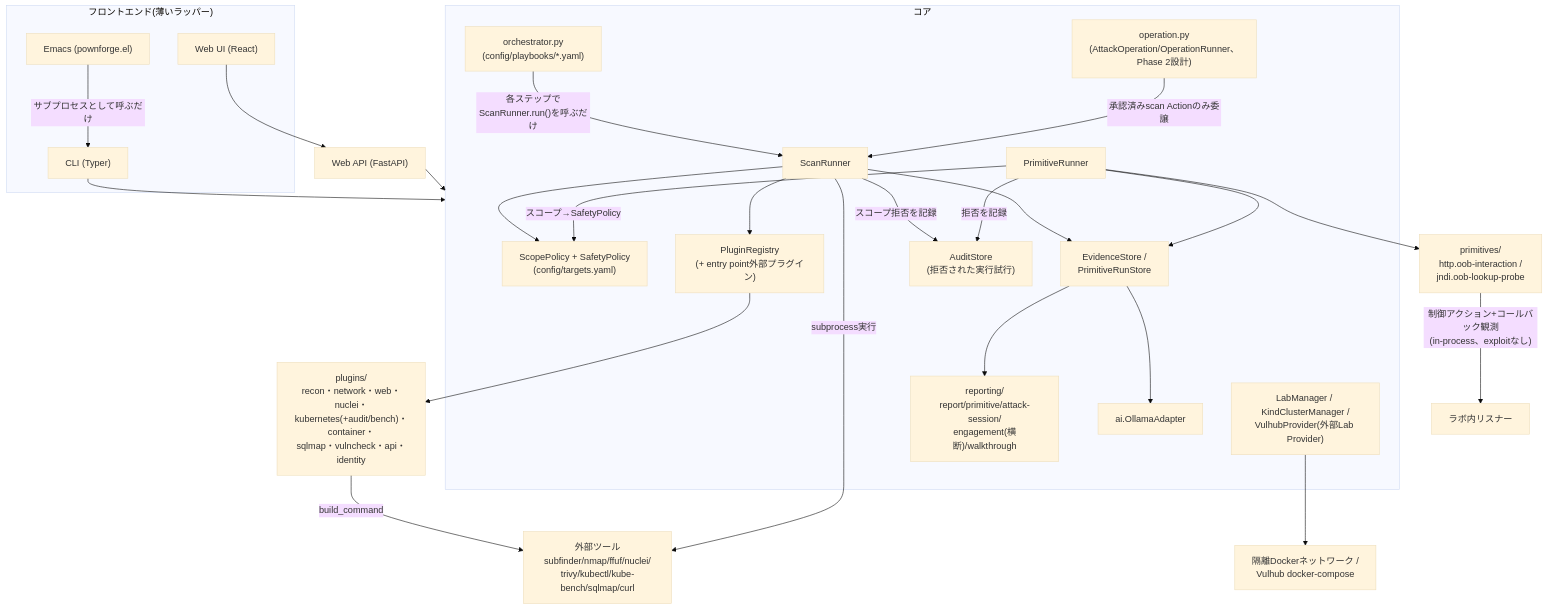
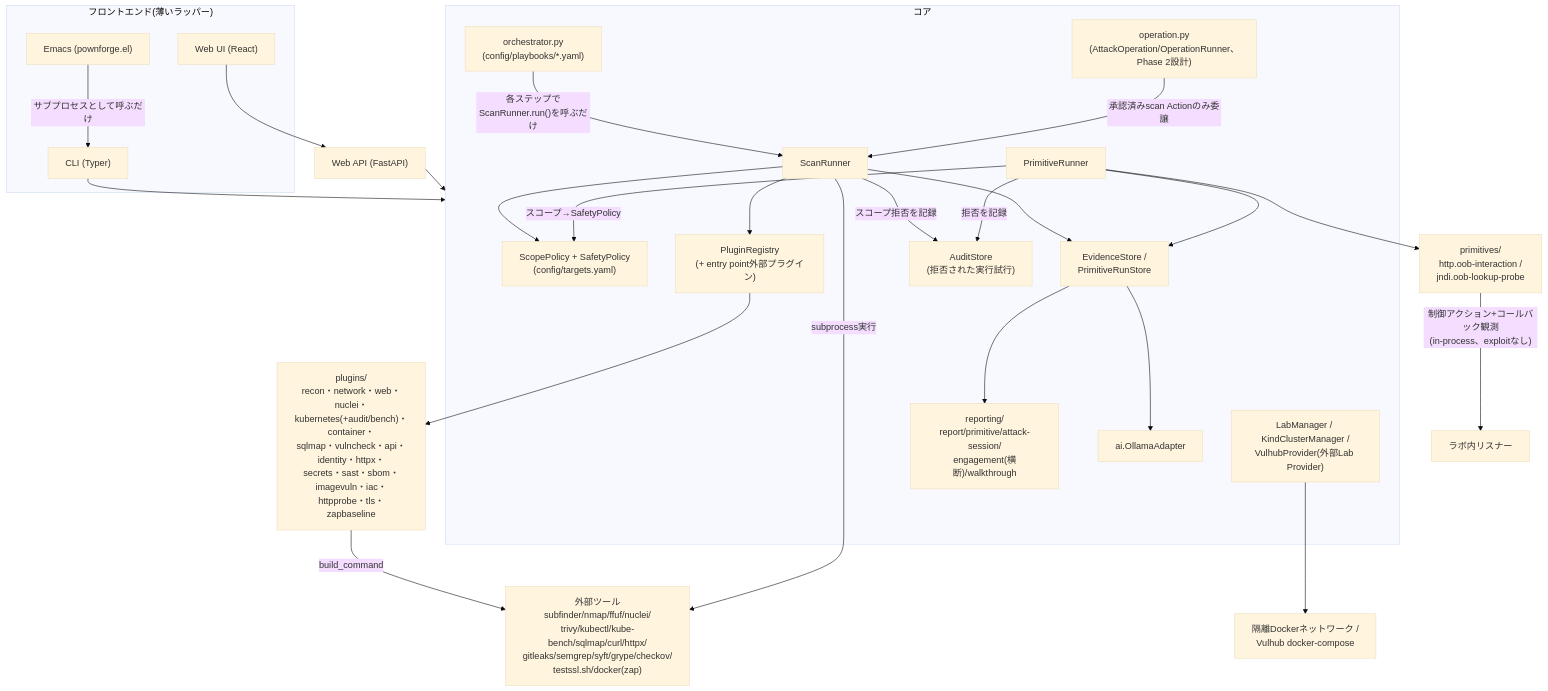
One commit to ac1965/PownForge changed the first of 6 diagrams in docs/handbook.md. Above: the diagram before and after it, drawn with Mermaid (base theme). The commit also changed other lines of this file and 1 other file, not shown here.

Commit message:
docs: プラグイン追加を反映した見落としを修正
- docs/handbook.md §2のアーキテクチャ図(Mermaid)にhttpxと今回追加した
  8プラグイン(secrets/sast/sbom/imagevuln/iac/httpprobe/tls/zapbaseline)
  および対応する外部ツールを追記
- docs/handbook.md §5 CLIリファレンス: --kind pathの対象にiacを追記
  (secrets/sastのみ挙げていたが同じくkind=path専用)
- README.md: finding生成プラグイン一覧にvulncheckを追記(実際は
  _findingsを生成するのに漏れていた既存の不整合)

````diff
--- a/docs/handbook.md
+++ b/docs/handbook.md
@@ -57,46 +57,46 @@
 ```mermaid
 graph TD
     subgraph FrontEnds["フロントエンド(薄いラッパー)"]
         CLI["CLI (Typer)"]
         WebUI["Web UI (React)"]
         Emacs["Emacs (pownforge.el)"]
     end
     WebAPI["Web API (FastAPI)"]
 
     CLI --> Core
     WebUI --> WebAPI
     WebAPI --> Core
     Emacs -- "サブプロセスとして呼ぶだけ" --> CLI
 
     subgraph Core["コア"]
         Policy["ScopePolicy + SafetyPolicy<br/>(config/targets.yaml)"]
         Registry["PluginRegistry<br/>(+ entry point外部プラグイン)"]
         Runner["ScanRunner"]
         PrimRunner["PrimitiveRunner"]
         Orchestrator["orchestrator.py<br/>(config/playbooks/*.yaml)"]
         Operation["operation.py<br/>(AttackOperation/OperationRunner、Phase 2設計)"]
         Lab["LabManager / KindClusterManager /<br/>VulhubProvider(外部Lab Provider)"]
         Evidence["EvidenceStore /<br/>PrimitiveRunStore"]
         Audit["AuditStore<br/>(拒否された実行試行)"]
         Reporting["reporting/<br/>report/primitive/attack-session/<br/>engagement(横断)/walkthrough"]
         AI["ai.OllamaAdapter"]
     end
 
     Runner --> Policy
     Runner --> Registry
     Runner --> Evidence
     Runner -- "スコープ拒否を記録" --> Audit
     PrimRunner -- "スコープ→SafetyPolicy" --> Policy
     PrimRunner --> Primitives["primitives/<br/>http.oob-interaction /<br/>jndi.oob-lookup-probe"]
     PrimRunner --> Evidence
     PrimRunner -- "拒否を記録" --> Audit
     Orchestrator -- "各ステップでScanRunner.run()を呼ぶだけ" --> Runner
     Operation -- "承認済みscan Actionのみ委譲" --> Runner
-    Registry --> Plugins["plugins/<br/>recon・network・web・nuclei・<br/>kubernetes(+audit/bench)・container・<br/>sqlmap・vulncheck・api・identity"]
-    Plugins -- "build_command" --> ExtTools["外部ツール<br/>subfinder/nmap/ffuf/nuclei/<br/>trivy/kubectl/kube-bench/sqlmap/curl"]
+    Registry --> Plugins["plugins/<br/>recon・network・web・nuclei・<br/>kubernetes(+audit/bench)・container・<br/>sqlmap・vulncheck・api・identity・httpx・<br/>secrets・sast・sbom・imagevuln・iac・<br/>httpprobe・tls・zapbaseline"]
+    Plugins -- "build_command" --> ExtTools["外部ツール<br/>subfinder/nmap/ffuf/nuclei/<br/>trivy/kubectl/kube-bench/sqlmap/curl/httpx/<br/>gitleaks/semgrep/syft/grype/checkov/<br/>testssl.sh/docker(zap)"]
     Runner -- "subprocess実行" --> ExtTools
     Primitives -- "制御アクション+コールバック観測<br/>(in-process、exploitなし)" --> LabNet["ラボ内リスナー"]
     Evidence --> Reporting
     Evidence --> AI
     Lab --> Docker["隔離Dockerネットワーク /<br/>Vulhub docker-compose"]
 ```
````
